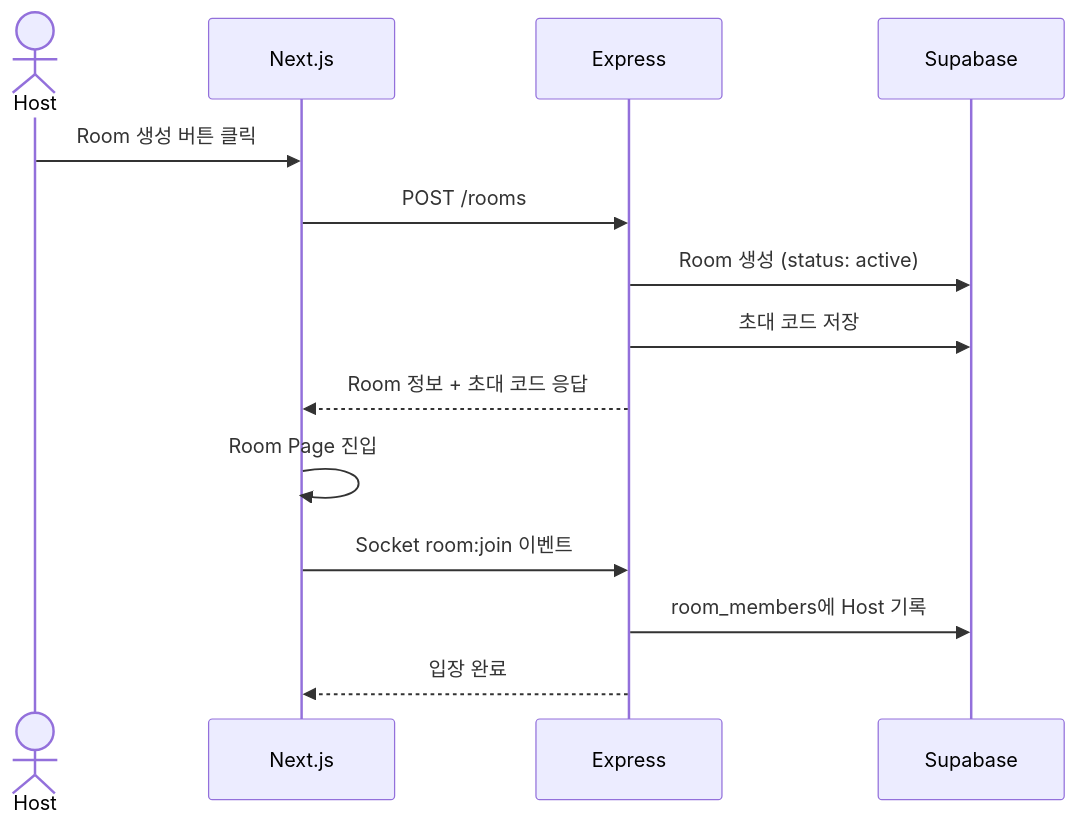
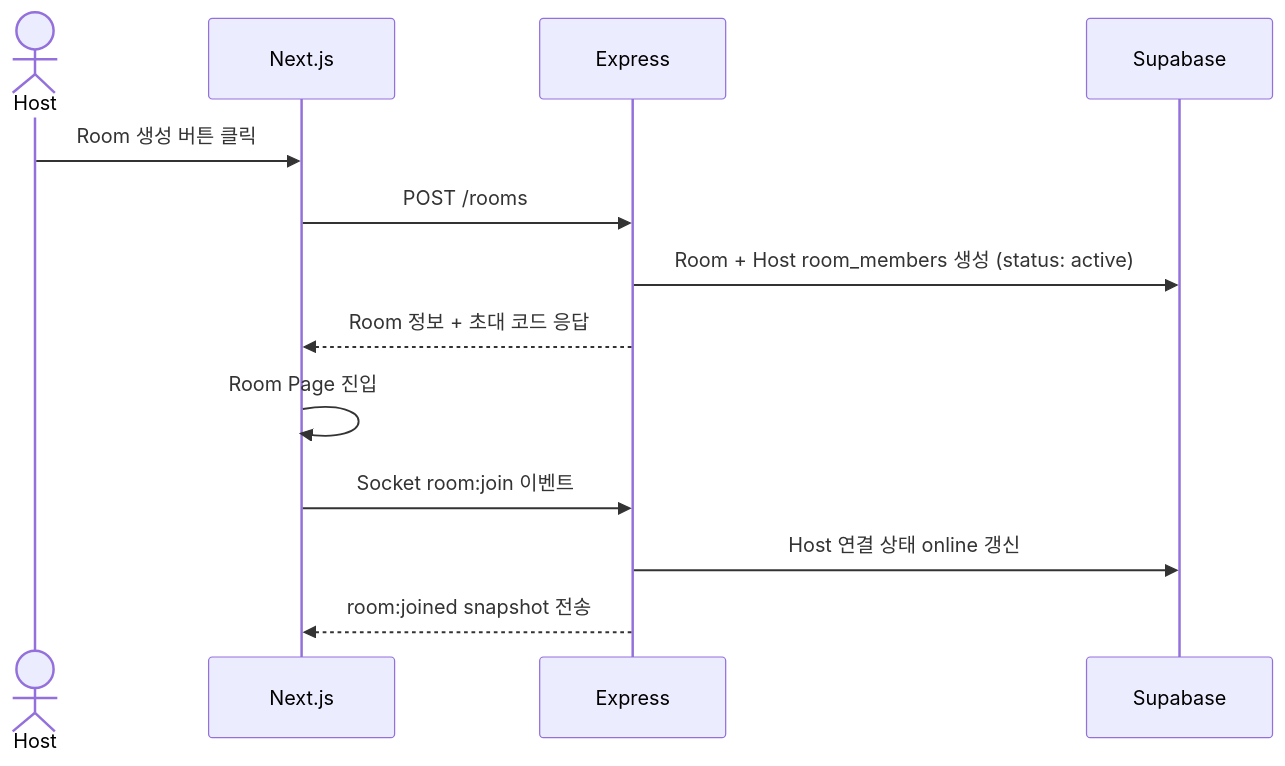
The second of 11 diagrams in docs/02-system-architecture.md (TechUP-SYFITY/SYFITY), drawn with Mermaid before and after one commit. The commit also changed other lines of this file and 11 other files, not shown here.

````diff
--- a/docs/02-system-architecture.md
+++ b/docs/02-system-architecture.md
@@ -342,17 +384,16 @@
 ```mermaid
 sequenceDiagram
     actor Host
     participant FE as Next.js
     participant BE as Express
     participant DB as Supabase
 
     Host->>FE: Room 생성 버튼 클릭
     FE->>BE: POST /rooms
-    BE->>DB: Room 생성 (status: active)
-    BE->>DB: 초대 코드 저장
+    BE->>DB: Room + Host room_members 생성 (status: active)
     BE-->>FE: Room 정보 + 초대 코드 응답
     FE->>FE: Room Page 진입
     FE->>BE: Socket room:join 이벤트
-    BE->>DB: room_members에 Host 기록
-    BE-->>FE: 입장 완료
+    BE->>DB: Host 연결 상태 online 갱신
+    BE-->>FE: room:joined snapshot 전송
 ```
````
